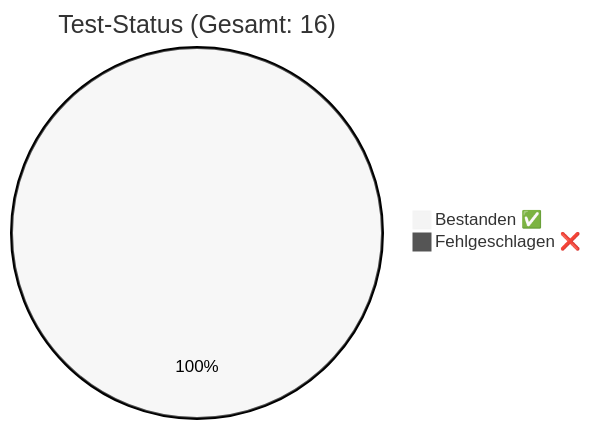
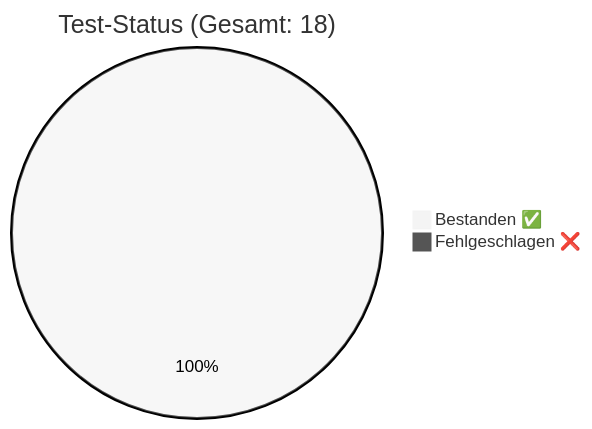
Before and after one commit to rorila/GCS: the diagram in docs/QA_Report.md, drawn with Mermaid (neutral theme). The commit also changed other lines of this file and 14 other files, not shown here.

````diff
--- a/docs/QA_Report.md
+++ b/docs/QA_Report.md
@@ -7,5 +7,5 @@
 ```mermaid
-pie title Test-Status (Gesamt: 16)
-    "Bestanden ✅" : 16
+pie title Test-Status (Gesamt: 18)
+    "Bestanden ✅" : 18
     "Fehlgeschlagen ❌" : 0
 ```
````
